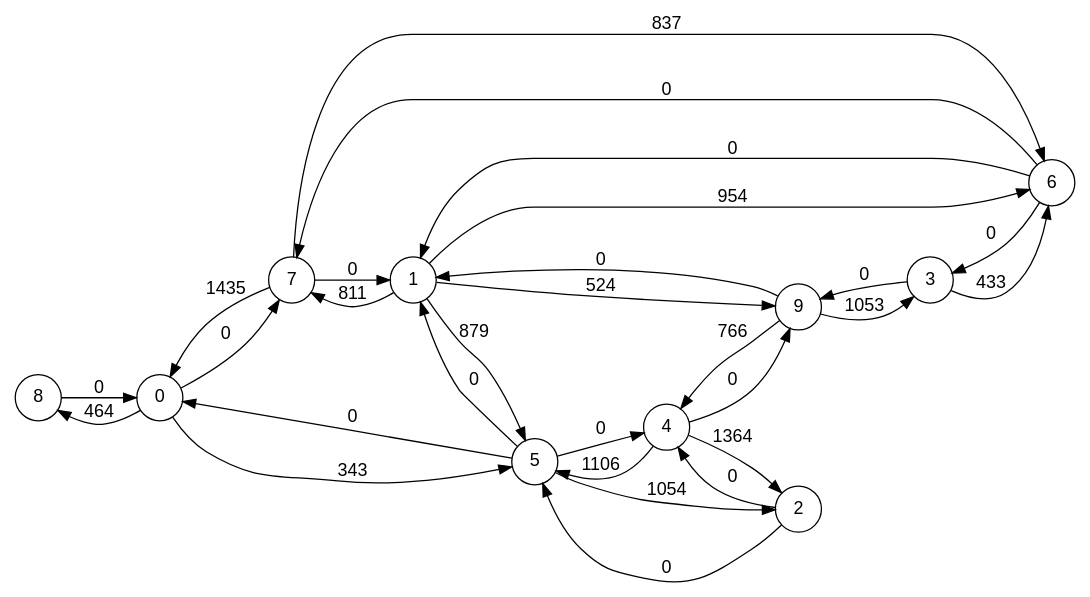
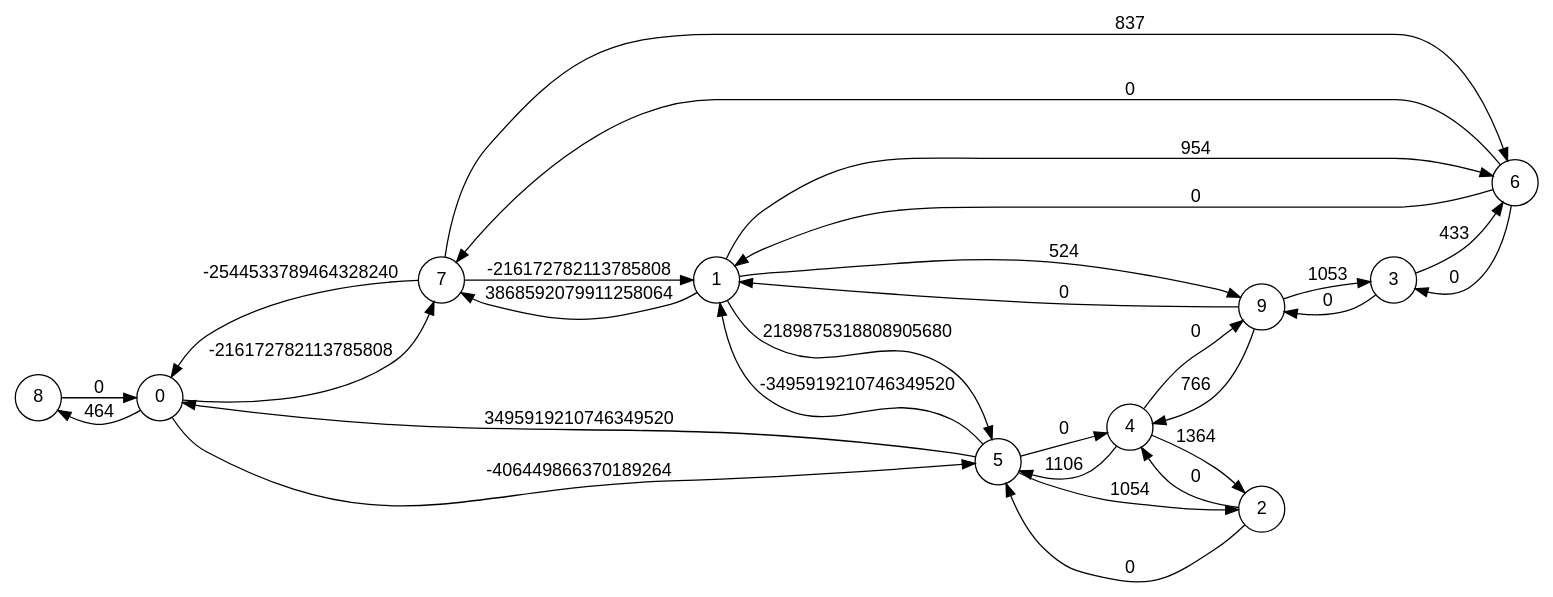
One commit to mateobwe/ocaml-maxflow-project changed the diagram in ff1.dot. Above: the diagram before and after it, drawn with Graphviz. The commit also changed 4 other files, not shown here.

```diff
--- a/ff1.dot
+++ b/ff1.dot
@@ -1,35 +1,35 @@
 digraph finite_state_machine {
   fontname="Helvetica,Arial,sans-serif"
   node [fontname="Helvetica,Arial,sans-serif"]
   edge [fontname="Helvetica,Arial,sans-serif"]
   rankdir=LR;
   node [shape = circle];
   8 -> 0 [ label = "0" ];
-  0 -> 5 [ label = "343" ];
-  0 -> 8 [ label = "464" ];
-  0 -> 7 [ label = "0" ];
   2 -> 5 [ label = "0" ];
   2 -> 4 [ label = "0" ];
   4 -> 2 [ label = "1364" ];
   4 -> 5 [ label = "1106" ];
   4 -> 9 [ label = "0" ];
   3 -> 6 [ label = "433" ];
   3 -> 9 [ label = "0" ];
   6 -> 7 [ label = "0" ];
   6 -> 3 [ label = "0" ];
   6 -> 1 [ label = "0" ];
-  5 -> 2 [ label = "1054" ];
-  5 -> 0 [ label = "0" ];
-  5 -> 4 [ label = "0" ];
-  5 -> 1 [ label = "0" ];
-  7 -> 0 [ label = "1435" ];
-  7 -> 6 [ label = "837" ];
-  7 -> 1 [ label = "0" ];
   9 -> 4 [ label = "766" ];
   9 -> 3 [ label = "1053" ];
   9 -> 1 [ label = "0" ];
+  7 -> 6 [ label = "837" ];
+  7 -> 1 [ label = "-216172782113785808" ];
+  7 -> 0 [ label = "-2544533789464328240" ];
+  0 -> 8 [ label = "464" ];
+  0 -> 7 [ label = "-216172782113785808" ];
+  0 -> 5 [ label = "-406449866370189264" ];
   1 -> 6 [ label = "954" ];
-  1 -> 5 [ label = "879" ];
-  1 -> 7 [ label = "811" ];
   1 -> 9 [ label = "524" ];
+  1 -> 7 [ label = "3868592079911258064" ];
+  1 -> 5 [ label = "2189875318808905680" ];
+  5 -> 2 [ label = "1054" ];
+  5 -> 4 [ label = "0" ];
+  5 -> 1 [ label = "-3495919210746349520" ];
+  5 -> 0 [ label = "3495919210746349520" ];
 }
```
